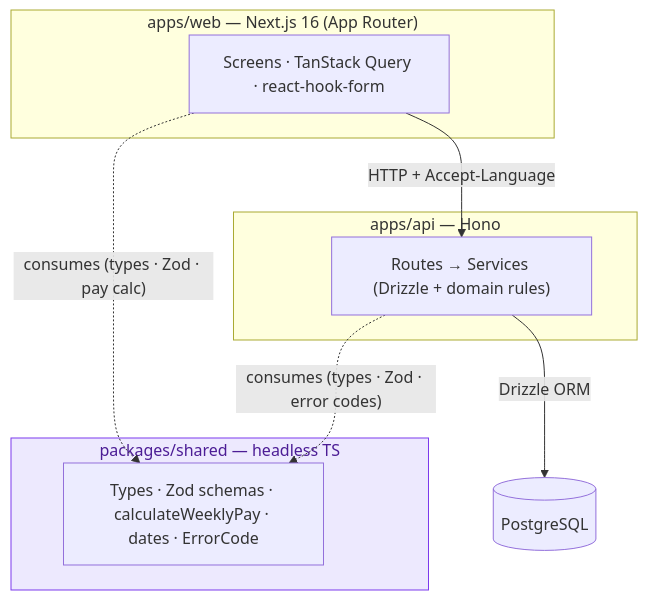
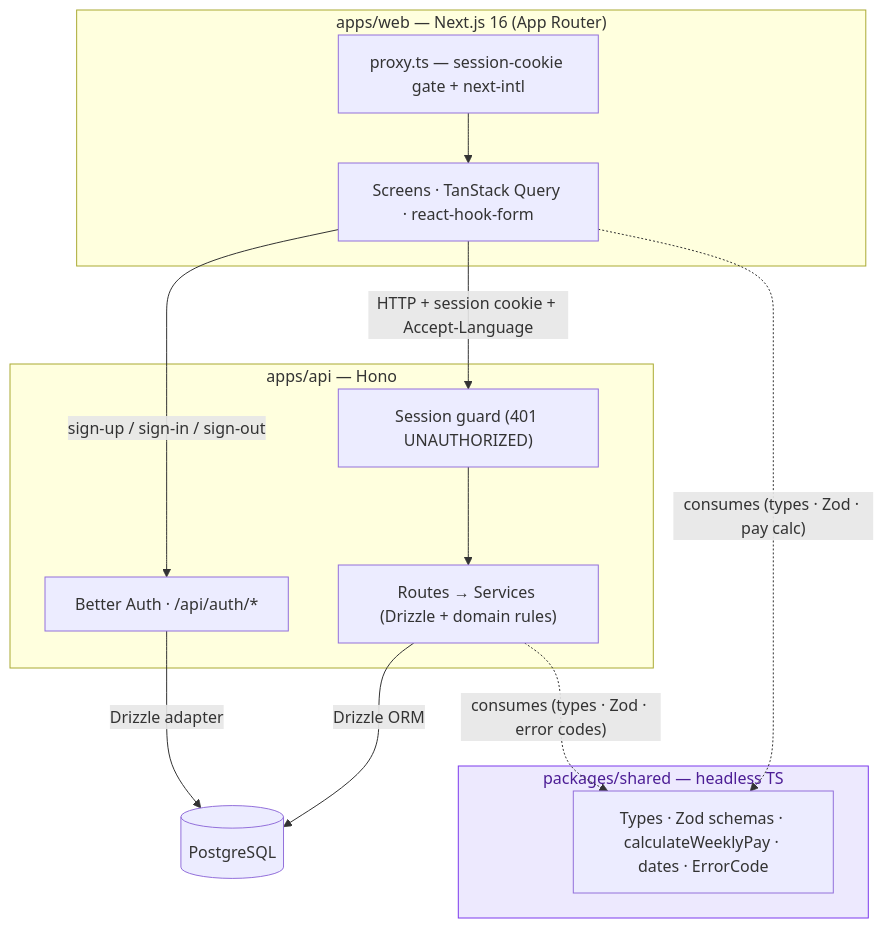
Before and after one commit to MATREYcr/timesheet-tracker: the diagram in docs/diagrams/architecture.md, drawn with Mermaid. The commit also changed 5 other files, not shown here.

````diff
--- a/docs/diagrams/architecture.md
+++ b/docs/diagrams/architecture.md
@@ -7,21 +7,28 @@
 ```mermaid
 flowchart TD
     subgraph web["apps/web — Next.js 16 (App Router)"]
+        P["proxy.ts — session-cookie gate + next-intl"]
         W["Screens · TanStack Query · react-hook-form"]
     end
     subgraph api["apps/api — Hono"]
+        AU["Better Auth · /api/auth/*"]
+        G["Session guard (401 UNAUTHORIZED)"]
         A["Routes → Services (Drizzle + domain rules)"]
     end
     subgraph shared["packages/shared — headless TS"]
         S["Types · Zod schemas · calculateWeeklyPay · dates · ErrorCode"]
     end
     DB[("PostgreSQL")]
 
-    W -->|"HTTP + Accept-Language"| A
+    P --> W
+    W -->|"sign-up / sign-in / sign-out"| AU
+    W -->|"HTTP + session cookie + Accept-Language"| G
+    G --> A
+    AU -->|"Drizzle adapter"| DB
     A -->|"Drizzle ORM"| DB
     W -.->|"consumes (types · Zod · pay calc)"| S
     A -.->|"consumes (types · Zod · error codes)"| S
 
     classDef headless fill:#ede9fe,stroke:#7c3aed,color:#4c1d95;
     class shared headless;
 ```
````
